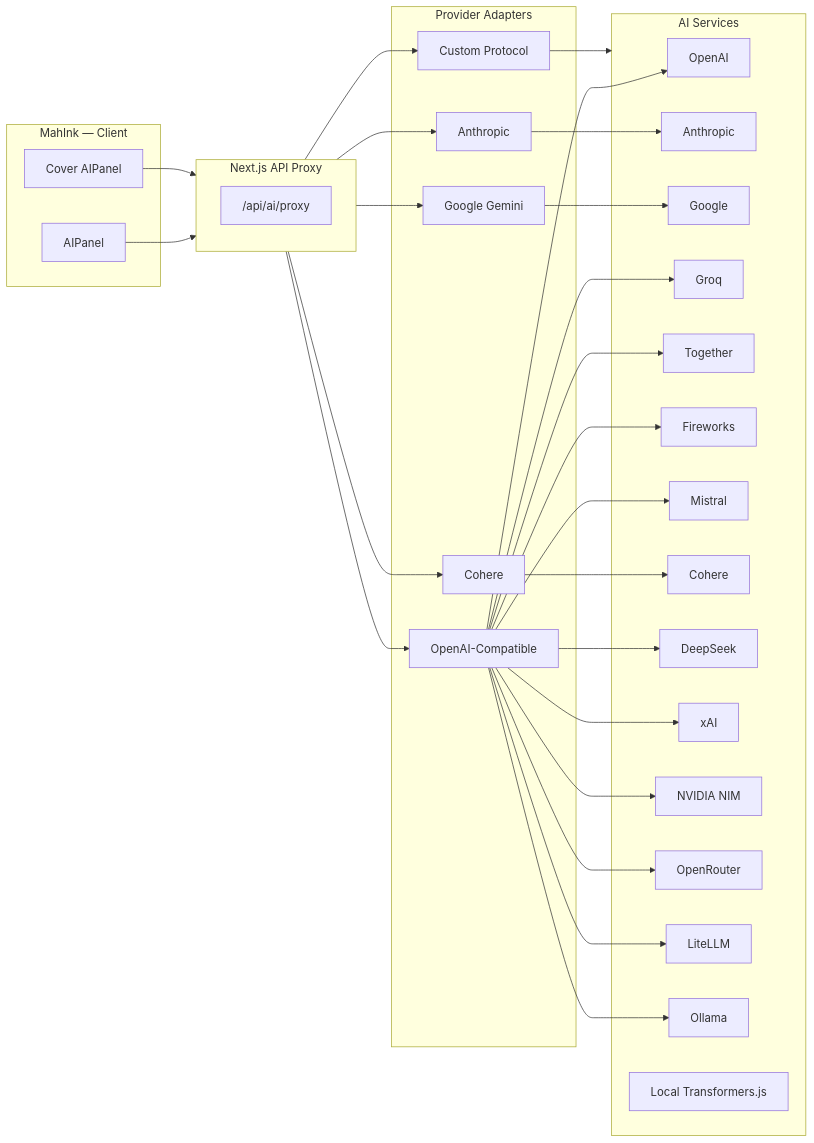
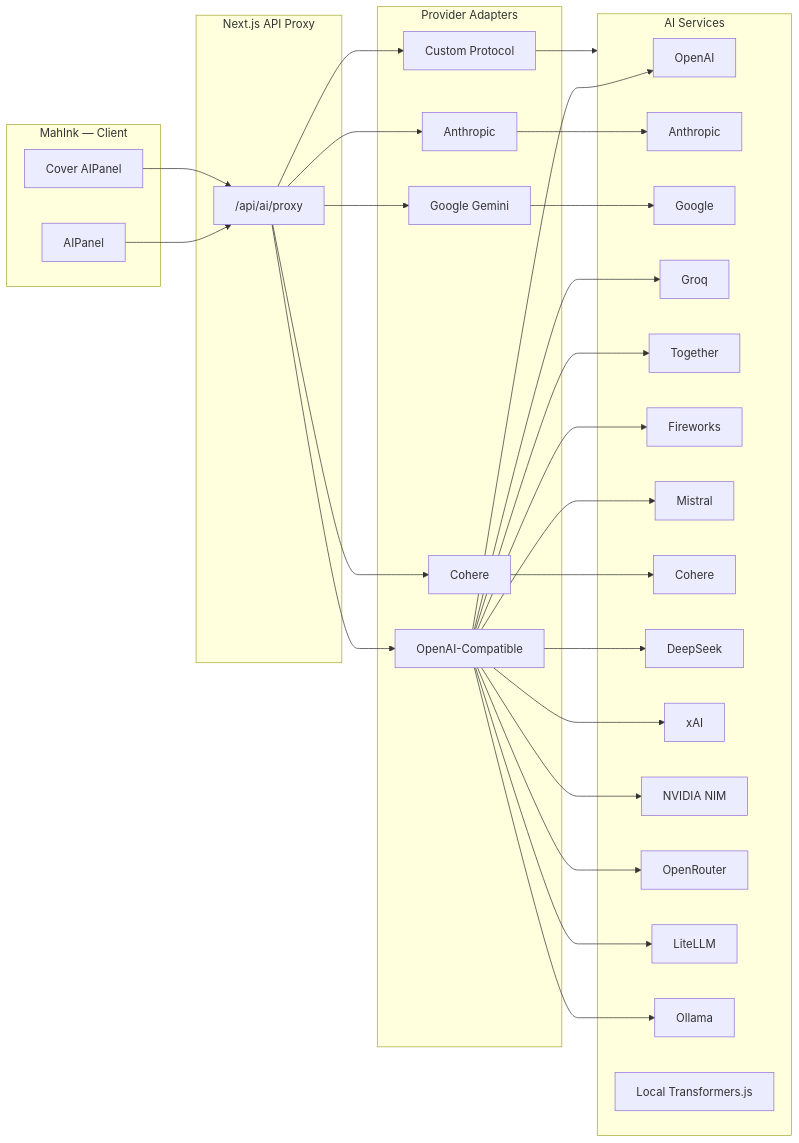
Before and after one commit to Sidmaz666/mahink: the fourth of 4 diagrams in README.md, drawn with Mermaid. The commit also changed other lines of this file, not shown here.

Commit message:
Fix Mermaid syntax for GitHub rendering

````diff
--- a/README.md
+++ b/README.md
@@ -494,61 +494,61 @@
 ```mermaid
 flowchart LR
     subgraph MahInk[MahInk — Client]
         AIPanel
         CoverAI[Cover AIPanel]
     end
 
-    subgraph Proxy[Next.js API Proxy]
-        /api/ai/proxy
+    subgraph Proxy["Next.js API Proxy"]
+        ProxyEndpoint["/api/ai/proxy"]
     end
 
     subgraph Providers[Provider Adapters]
         OpenAI[OpenAI-Compatible]
         Anthropic[Anthropic]
         Google[Google Gemini]
         Cohere[Cohere]
         Custom[Custom Protocol]
     end
 
     subgraph Services[AI Services]
         OAI[OpenAI]
         ANT[Anthropic]
         GEM[Google]
         GRQ[Groq]
         TGT[Together]
         FWR[Fireworks]
         MST[Mistral]
         COH[Cohere]
         DSK[DeepSeek]
         XAI[xAI]
         NVD[NVIDIA NIM]
         OR[OpenRouter]
         LLM[LiteLLM]
         OLL[Ollama]
         LOCAL[Local Transformers.js]
     end
 
-    AIPanel --> Proxy
-    CoverAI --> Proxy
-    Proxy --> OpenAI
-    Proxy --> Anthropic
-    Proxy --> Google
-    Proxy --> Cohere
-    Proxy --> Custom
+    AIPanel --> ProxyEndpoint
+    CoverAI --> ProxyEndpoint
+    ProxyEndpoint --> OpenAI
+    ProxyEndpoint --> Anthropic
+    ProxyEndpoint --> Google
+    ProxyEndpoint --> Cohere
+    ProxyEndpoint --> Custom
 
     OpenAI --> OAI
     OpenAI --> GRQ
     OpenAI --> TGT
     OpenAI --> FWR
     OpenAI --> MST
     OpenAI --> DSK
     OpenAI --> XAI
     OpenAI --> NVD
     OpenAI --> OR
     OpenAI --> LLM
     OpenAI --> OLL
     Anthropic --> ANT
     Google --> GEM
     Cohere --> COH
     Custom --> Services
 ```
````
